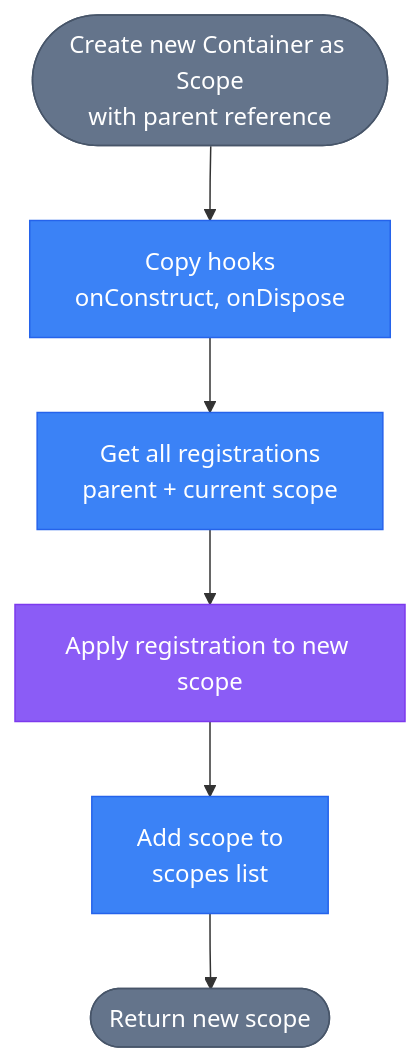
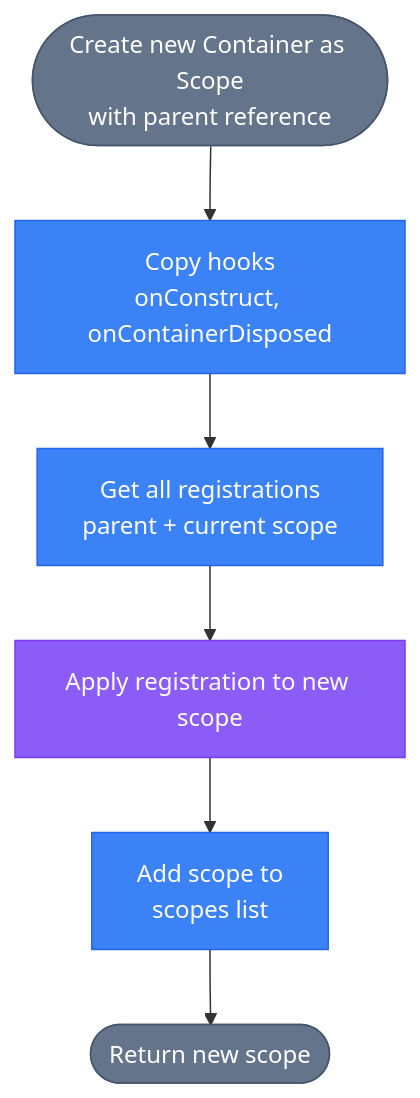
Before and after one commit to IgorBabkin/ts-ioc-container: the diagram in docs/src/assets/diagrams/create-scope-flow.mermaid, drawn with Mermaid. The commit also changed 20 other files, not shown here.

First line of the commit message:
feat(hooks): rename onDispose decorator to onContainerDisposed

```diff
--- a/docs/src/assets/diagrams/create-scope-flow.mermaid
+++ b/docs/src/assets/diagrams/create-scope-flow.mermaid
@@ -1,14 +1,14 @@
 flowchart TD
-    Create([Create new Container as Scope<br/>with parent reference]) --> CopyHooks[Copy hooks<br/>onConstruct, onDispose]
+    Create([Create new Container as Scope<br/>with parent reference]) --> CopyHooks[Copy hooks<br/>onConstruct, onContainerDisposed]
     CopyHooks --> GetRegs[Get all registrations<br/>parent + current scope]
     GetRegs --> Apply[Apply registration to new scope]
     Apply --> AddScope[Add scope to<br/>scopes list]
     AddScope --> Return([Return new scope])
 
     classDef startEnd fill:#64748b,stroke:#475569,color:#fff
     classDef process fill:#3b82f6,stroke:#2563eb,color:#fff
     classDef action fill:#8b5cf6,stroke:#7c3aed,color:#fff
 
     class Create,Return startEnd
     class CopyHooks,GetRegs,AddScope process
     class Apply action
```
